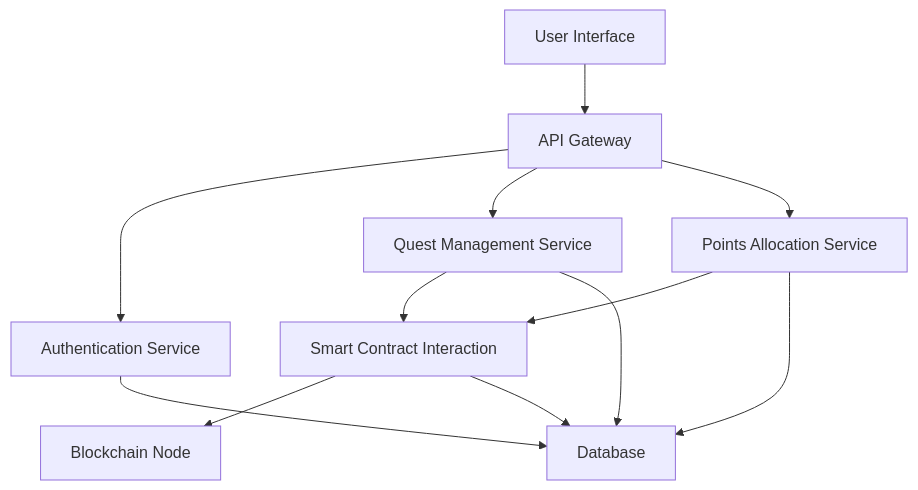
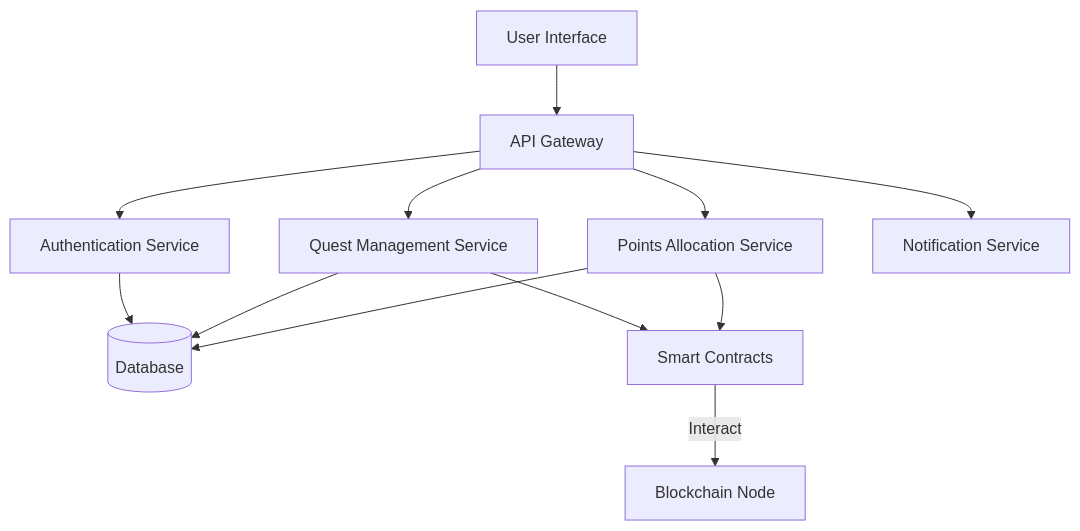
The diagram in pages/founders/fc-implementation.mdx (GOATNetwork/goat-docs), drawn with Mermaid before and after one commit. The commit also changed other lines of this file and 30 other files, not shown here.

````diff
--- a/pages/founders/fc-implementation.mdx
+++ b/pages/founders/fc-implementation.mdx
@@ -28,17 +41,14 @@
 ```mermaid
 graph TD
-    A[User Interface] --> B[API Gateway]
-    B --> C[Authentication Service]
-    B --> D[Quest Management Service]
-    B --> E[Points Allocation Service]
-    
-    D --> F[Smart Contract Interaction]
-    E --> F
-    
-    F --> G[Blockchain Node]
-    F --> H[Database]
-    
-    C --> H
-    D --> H
-    E --> H
+    UI[User Interface] --> APIGW[API Gateway]
+    APIGW --> AUTH[Authentication Service]
+    APIGW --> QM[Quest Management Service]
+    APIGW --> PA[Points Allocation Service]
+    AUTH --> DB[(Database)]
+    QM --> DB
+    PA --> DB
+    QM --> SC[Smart Contracts]
+    PA --> SC
+    SC -->|Interact| BC[Blockchain Node]
+    APIGW --> NS[Notification Service]
 ```
````
